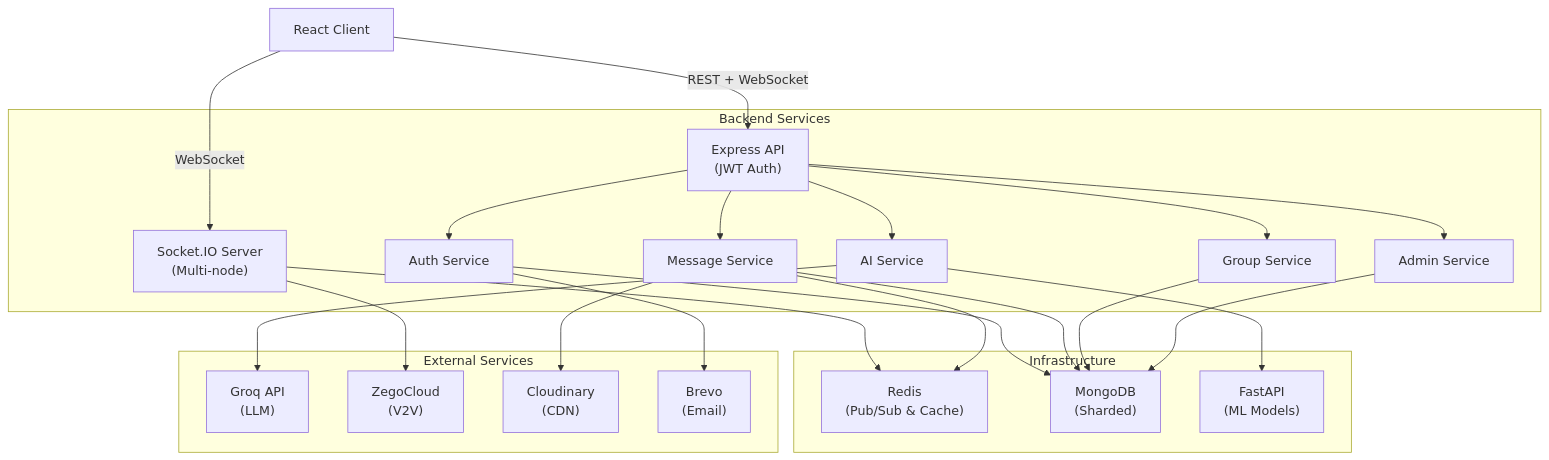
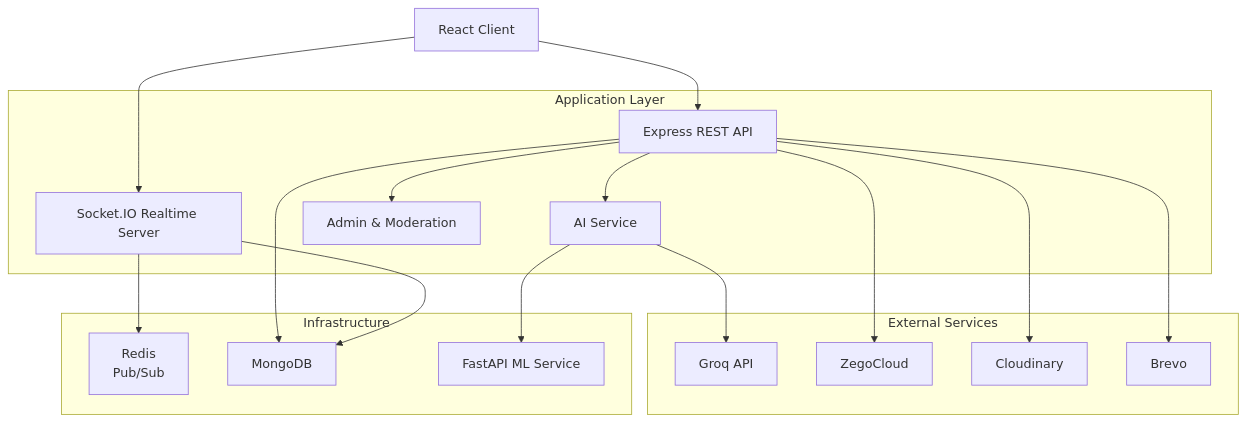
The diagram in README.md (CodePlaygroundHub/PasoChat), drawn with Mermaid before and after one commit. The commit also changed other lines of this file, not shown here.

````diff
--- a/README.md
+++ b/README.md
@@ -99,50 +225,42 @@
 ```mermaid
-graph TB
+flowchart TB
+
     Client["React Client"]
-    
-    subgraph Backend["Backend Services"]
-        API["Express API<br/>(JWT Auth)"]
-        SocketServer["Socket.IO Server<br/>(Multi-node)"]
-        AuthService["Auth Service"]
-        MsgService["Message Service"]
-        GroupService["Group Service"]
-        AIService["AI Service"]
-        AdminService["Admin Service"]
+
+    subgraph Application["Application Layer"]
+        API["Express REST API"]
+        Socket["Socket.IO Realtime Server"]
+        AI["AI Service"]
+        Admin["Admin & Moderation"]
     end
-    
+
     subgraph Infrastructure["Infrastructure"]
-        Redis["Redis<br/>(Pub/Sub & Cache)"]
-        MongoDB["MongoDB<br/>(Sharded)"]
-        MLService["FastAPI<br/>(ML Models)"]
+        Redis["Redis<br/>Pub/Sub"]
+        Mongo["MongoDB"]
+        ML["FastAPI ML Service"]
     end
-    
-    subgraph External["External Services"]
-        Groq["Groq API<br/>(LLM)"]
-        ZegoCloud["ZegoCloud<br/>(V2V)"]
-        Cloudinary["Cloudinary<br/>(CDN)"]
-        Email["Brevo<br/>(Email)"]
+
+    subgraph Services["External Services"]
+        Groq["Groq API"]
+        Zego["ZegoCloud"]
+        Cloudinary["Cloudinary"]
+        Brevo["Brevo"]
     end
-    
-    Client -->|REST + WebSocket| API
-    Client -->|WebSocket| SocketServer
-    
-    API --> AuthService
-    API --> MsgService
-    API --> GroupService
-    API --> AIService
-    API --> AdminService
-    
-    AuthService --> MongoDB
-    MsgService --> MongoDB
-    GroupService --> MongoDB
-    AdminService --> MongoDB
-    
-    SocketServer --> Redis
-    MsgService --> Redis
-    
-    AIService --> MLService
-    AIService --> Groq
-    SocketServer --> ZegoCloud
-    MsgService --> Cloudinary
-    AuthService --> Email
+
+    Client --> API
+    Client --> Socket
+
+    API --> Mongo
+    API --> AI
+    API --> Admin
+
+    Socket --> Redis
+    Socket --> Mongo
+
+    AI --> ML
+    AI --> Groq
+
+    API --> Zego
+    API --> Cloudinary
+    API --> Brevo
 ```
````
